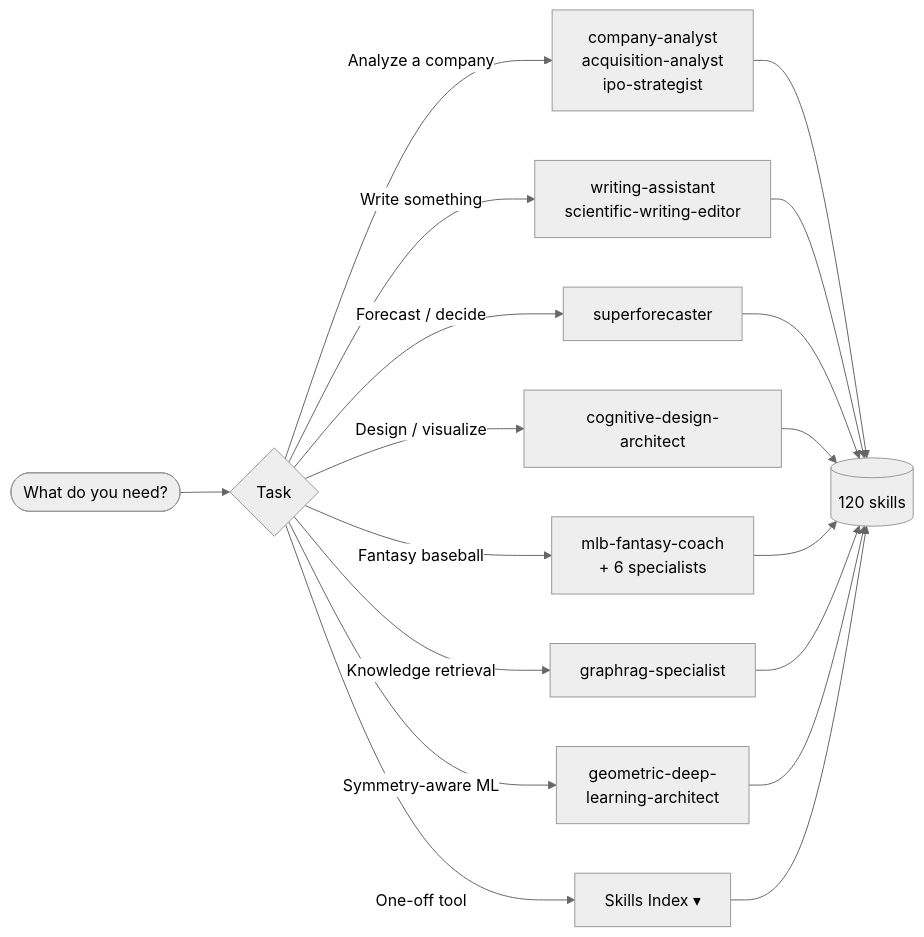
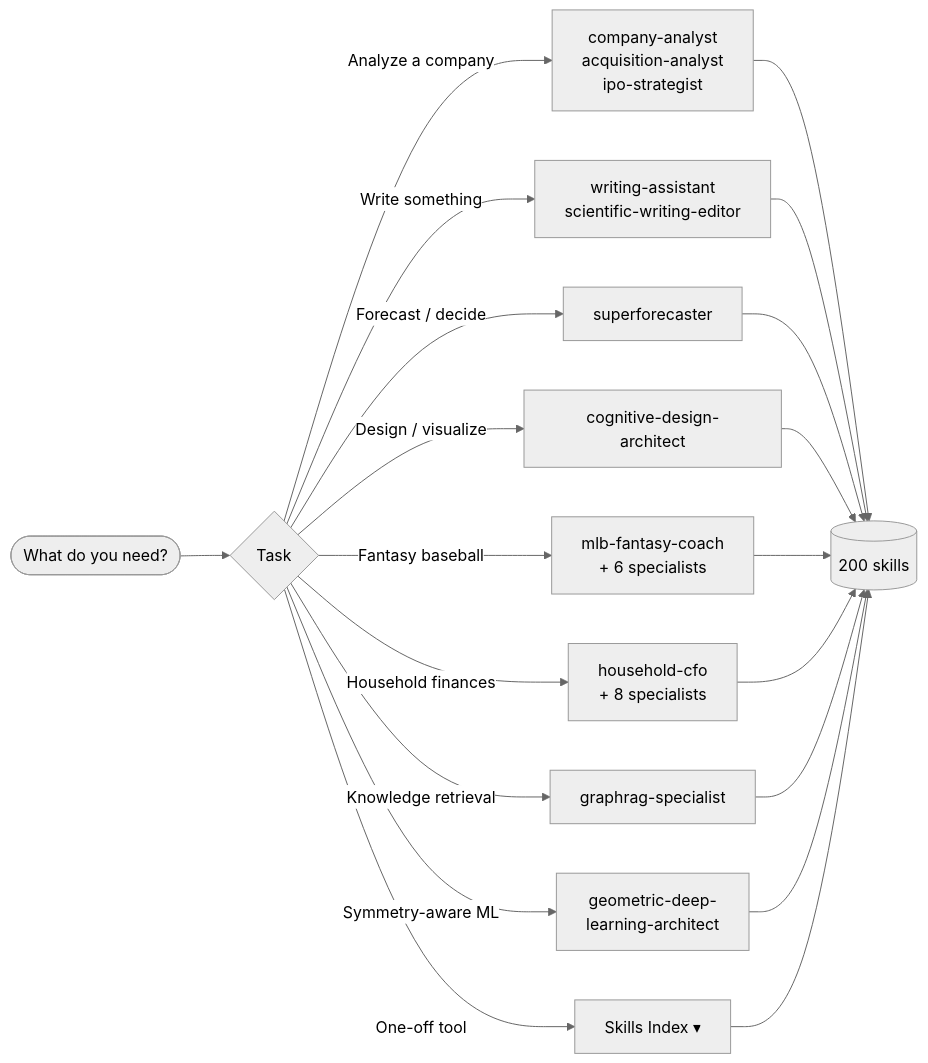
Before and after one commit to lyndonkl/claude: the diagram in README.md, drawn with Mermaid (neutral theme). The commit also changed other lines of this file and 21 other files, not shown here.

First line of the commit message:
Add household finance team (9 agents + 12 skills)

````diff
--- a/README.md
+++ b/README.md
@@ -36,14 +37,15 @@
 ```mermaid
 flowchart LR
     U([What do you need?]) --> D{Task}
     D -->|Analyze a company| CA[company-analyst<br/>acquisition-analyst<br/>ipo-strategist]
     D -->|Write something| WA[writing-assistant<br/>scientific-writing-editor]
     D -->|Forecast / decide| SF[superforecaster]
     D -->|Design / visualize| CD[cognitive-design-architect]
     D -->|Fantasy baseball| MLB[mlb-fantasy-coach<br/>+ 6 specialists]
+    D -->|Household finances| HF[household-cfo<br/>+ 8 specialists]
     D -->|Knowledge retrieval| GR[graphrag-specialist]
     D -->|Symmetry-aware ML| GDL[geometric-deep-<br/>learning-architect]
     D -->|One-off tool| SK[Skills Index ▾]
-    CA & WA & SF & CD & MLB & GR & GDL --> S[(120 skills)]
+    CA & WA & SF & CD & MLB & HF & GR & GDL --> S[(200 skills)]
     SK --> S
 ```
````
